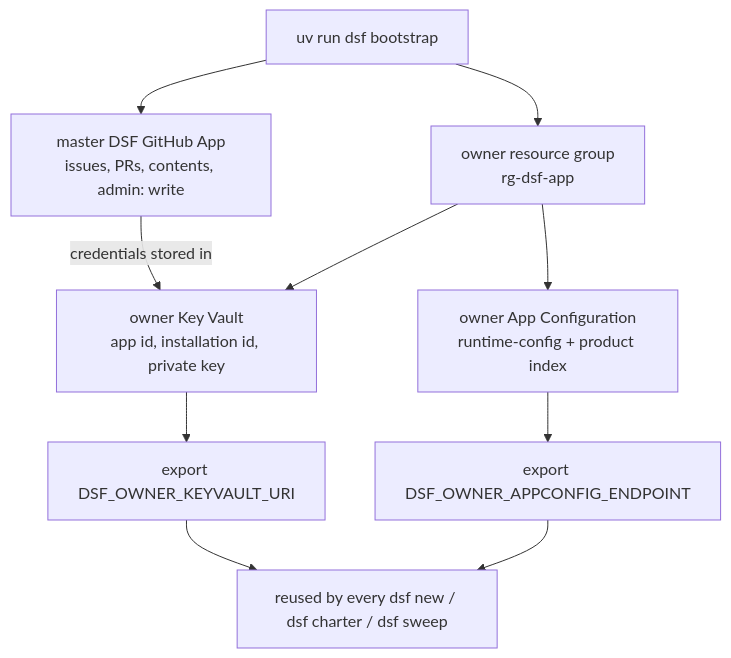
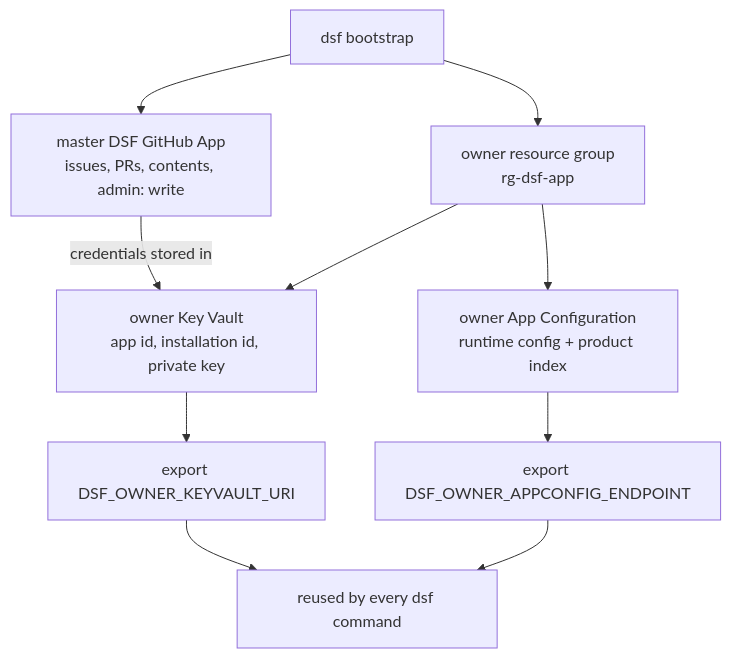
One commit to JoranBergfeld/dark-software-factory changed the diagram in docs/site/get-started/quickstart.md. Above: the diagram before and after it, drawn with Mermaid. The commit also changed other lines of this file and 10 other files, not shown here.

````diff
--- a/docs/site/get-started/quickstart.md
+++ b/docs/site/get-started/quickstart.md
@@ -58,12 +70,12 @@
 ```mermaid
 flowchart TD
-    op["uv run dsf bootstrap"] --> app["master DSF GitHub App<br/>issues, PRs, contents, admin: write"]
+    op["dsf bootstrap"] --> app["master DSF GitHub App<br/>issues, PRs, contents, admin: write"]
     op --> rg["owner resource group<br/>rg-dsf-app"]
     rg --> kv["owner Key Vault<br/>app id, installation id, private key"]
-    rg --> cfg["owner App Configuration<br/>runtime-config + product index"]
+    rg --> cfg["owner App Configuration<br/>runtime config + product index"]
     app -->|credentials stored in| kv
     kv --> e1["export DSF_OWNER_KEYVAULT_URI"]
     cfg --> e2["export DSF_OWNER_APPCONFIG_ENDPOINT"]
-    e1 --> reuse["reused by every dsf new / dsf charter / dsf sweep"]
+    e1 --> reuse["reused by every dsf command"]
     e2 --> reuse
 ```
````
